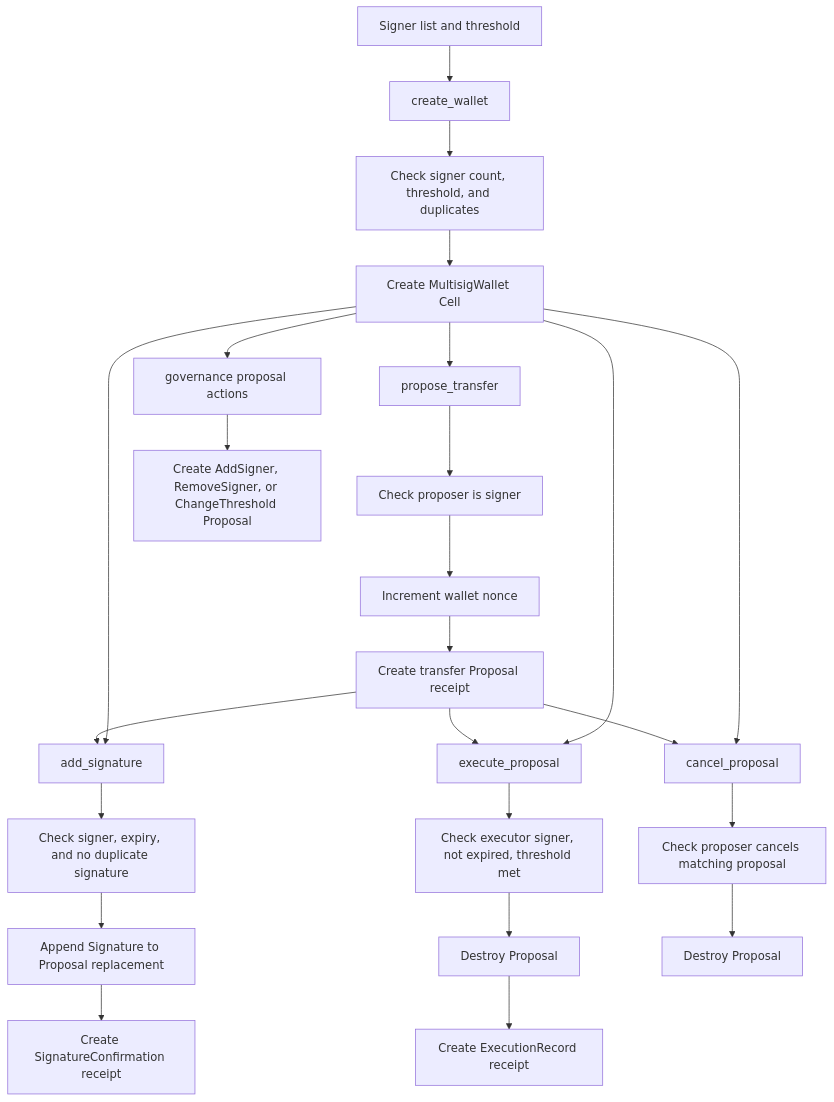
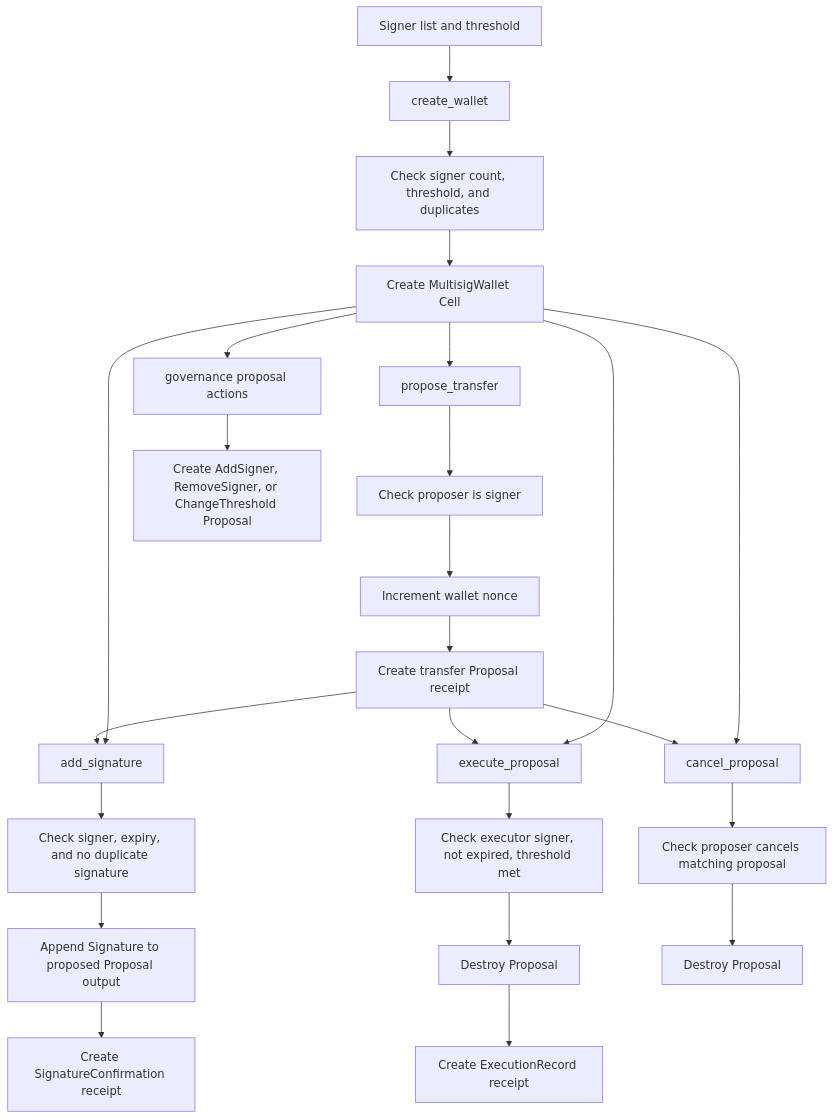
One commit to CellScript-Labs/CellScript changed the fourth of 12 diagrams in docs/CELLSCRIPT_EXAMPLE_BUSINESS_FLOWS.md. Above: the diagram before and after it, drawn with Mermaid. The commit also changed other lines of this file and 74 other files, not shown here.

````diff
--- a/docs/CELLSCRIPT_EXAMPLE_BUSINESS_FLOWS.md
+++ b/docs/CELLSCRIPT_EXAMPLE_BUSINESS_FLOWS.md
@@ -133,31 +133,31 @@
 ```mermaid
 flowchart TD
     A["Signer list and threshold"] --> B["create_wallet"]
     B --> C["Check signer count, threshold, and duplicates"]
     C --> D["Create MultisigWallet Cell"]
 
     D --> E["propose_transfer"]
     E --> F["Check proposer is signer"]
     F --> G["Increment wallet nonce"]
     G --> H["Create transfer Proposal receipt"]
 
     H --> I["add_signature"]
     D --> I
     I --> J["Check signer, expiry, and no duplicate signature"]
-    J --> K["Append Signature to Proposal replacement"]
+    J --> K["Append Signature to proposed Proposal output"]
     K --> L["Create SignatureConfirmation receipt"]
 
     H --> M["execute_proposal"]
     D --> M
     M --> N["Check executor signer, not expired, threshold met"]
     N --> O["Destroy Proposal"]
     O --> P["Create ExecutionRecord receipt"]
 
     H --> Q["cancel_proposal"]
     D --> Q
     Q --> R["Check proposer cancels matching proposal"]
     R --> S["Destroy Proposal"]
 
     D --> T["governance proposal actions"]
     T --> U["Create AddSigner, RemoveSigner, or ChangeThreshold Proposal"]
 ```
````
